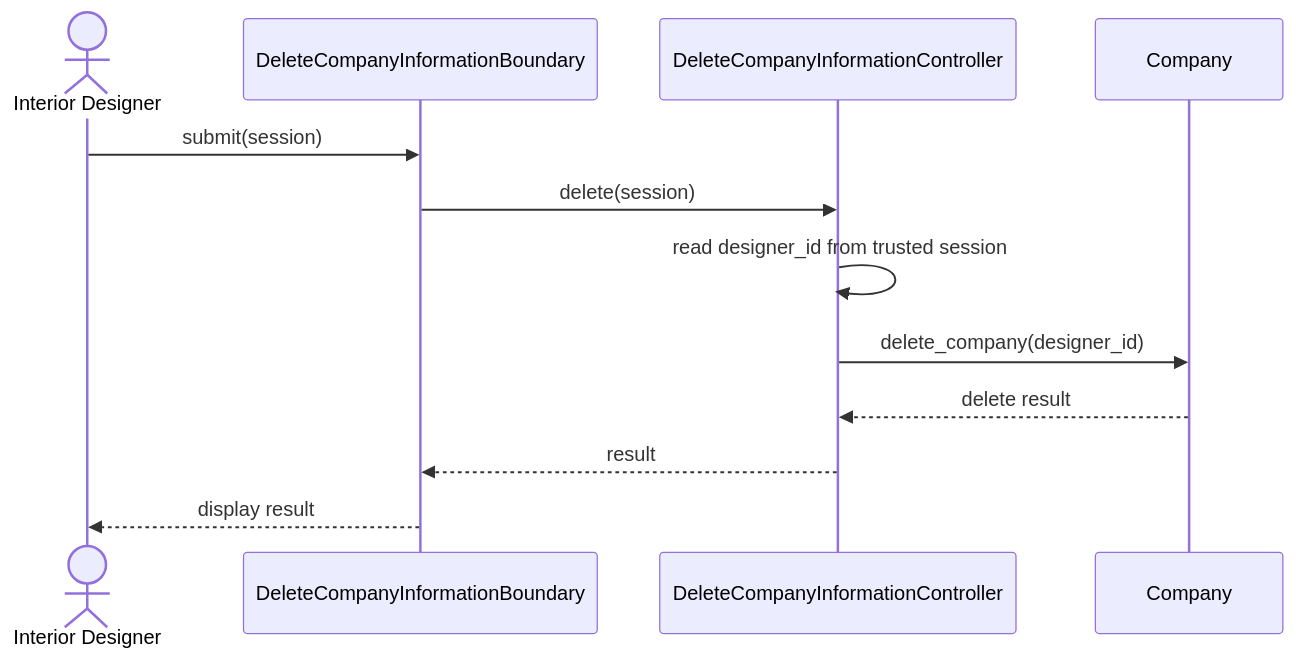
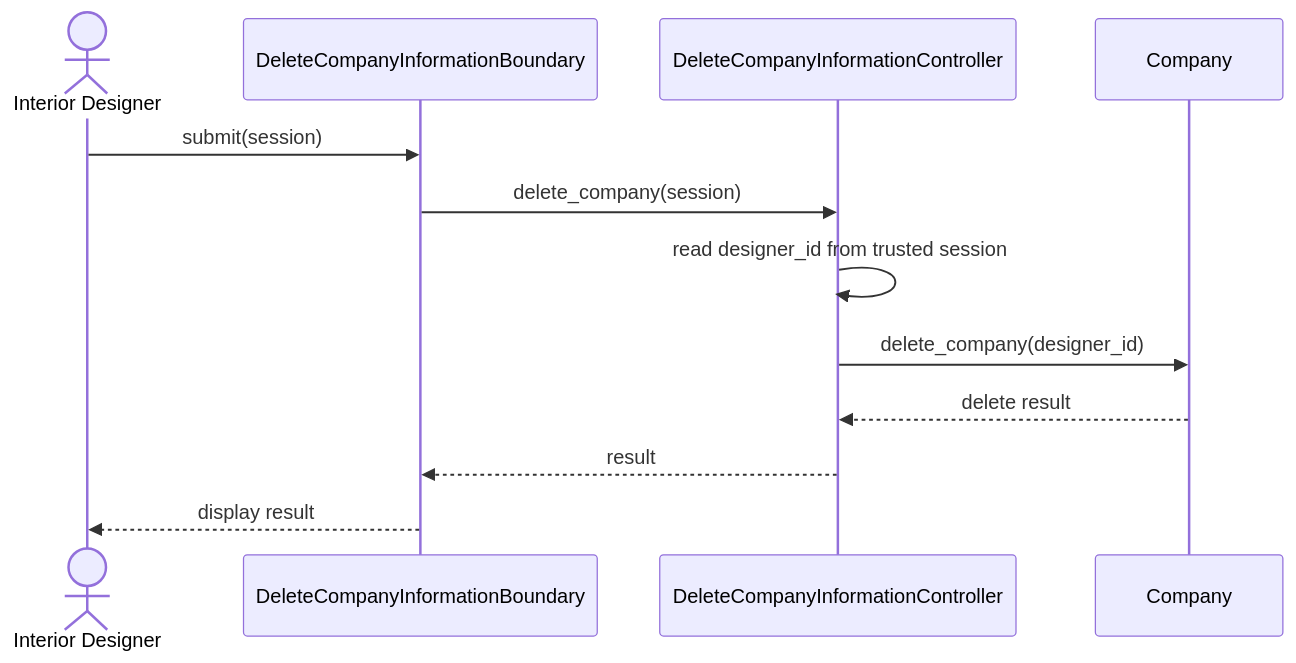
The diagram in diagrams/US16_Delete_Company_Information/Sequence.mmd (boyinapuddle/CSIT314-Chinese), drawn with Mermaid before and after one commit. The commit also changed 140 other files, not shown here.

```diff
--- a/diagrams/US16_Delete_Company_Information/Sequence.mmd
+++ b/diagrams/US16_Delete_Company_Information/Sequence.mmd
@@ -1,12 +1,12 @@
 sequenceDiagram
     actor P0 as Interior Designer
     participant P1 as DeleteCompanyInformationBoundary
     participant P2 as DeleteCompanyInformationController
     participant P3 as Company
     P0->>P1: submit(session)
-    P1->>P2: delete(session)
+    P1->>P2: delete_company(session)
     P2->>P2: read designer_id from trusted session
     P2->>P3: delete_company(designer_id)
     P3-->>P2: delete result
     P2-->>P1: result
     P1-->>P0: display result
```
